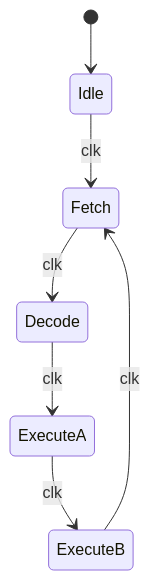
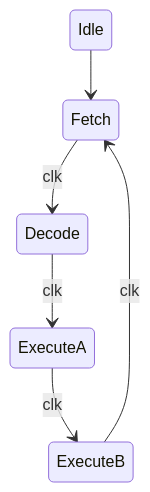
Before and after one commit to Colin-M-Mcbride/ENCE_3100_Colin_McBride: the diagram in lab8/README.MD, drawn with Mermaid.

Commit message:
Refine state diagram for control unit stages
Updated state diagram to remove redundant transition.

````diff
--- a/lab8/README.MD
+++ b/lab8/README.MD
@@ -92,9 +92,8 @@
 ```mermaid
 stateDiagram-v2
-    [*] --> Idle
-    Idle --> Fetch: clk
+    Idle --> Fetch
     Fetch --> Decode: clk
     Decode --> ExecuteA: clk
     ExecuteA --> ExecuteB: clk
     ExecuteB --> Fetch: clk
 ```
````
